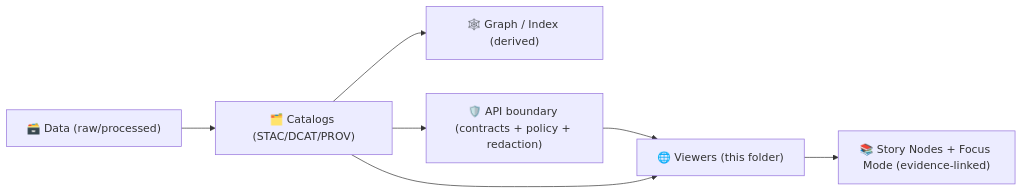
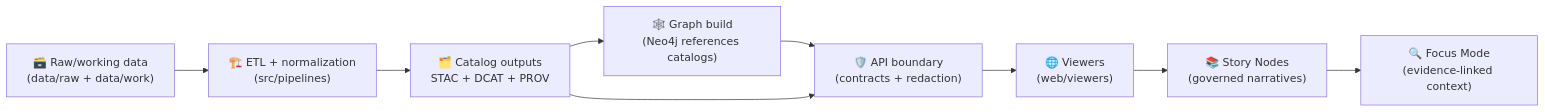
One commit to bartytime4life/Kansas-Frontier-Matrix changed the diagram in web/viewers/README.md. Above: the diagram before and after it, drawn with Mermaid. The commit also changed other lines of this file, not shown here.

`````diff
--- a/web/viewers/README.md
+++ b/web/viewers/README.md
@@ -124,9 +137,11 @@
 ```mermaid
 flowchart LR
-  DATA["🗃️ Data (raw/processed)"] --> CAT["🗂️ Catalogs (STAC/DCAT/PROV)"]
-  CAT --> GRAPH["🕸️ Graph / Index (derived)"]
-  CAT --> API["🛡️ API boundary (contracts + policy + redaction)"]
-  API --> UI["🌐 Viewers (this folder)"]
-  CAT --> UI
-  UI --> STORY["📚 Story Nodes + Focus Mode (evidence-linked)"]
-````
+  RAW["🗃️ Raw/working data\n(data/raw + data/work)"] --> ETL["🏗️ ETL + normalization\n(src/pipelines)"]
+  ETL --> CAT["🗂️ Catalog outputs\nSTAC + DCAT + PROV"]
+  CAT --> GRAPH["🕸️ Graph build\n(Neo4j references catalogs)"]
+  GRAPH --> API["🛡️ API boundary\n(contracts + redaction)"]
+  CAT --> API
+  API --> UI["🌐 Viewers\n(web/viewers)"]
+  UI --> STORY["📚 Story Nodes\n(governed narratives)"]
+  STORY --> FOCUS["🔍 Focus Mode\n(evidence-linked context)"]
+```
`````
